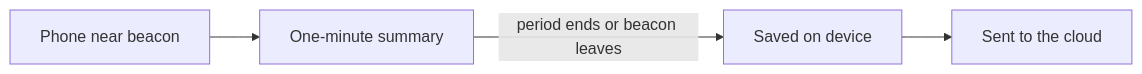
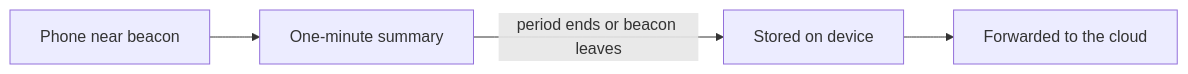
One commit to SelectDesign/select-beacon-sdk changed the diagram in README.md. Above: the diagram before and after it, drawn with Mermaid. The commit also changed other lines of this file and 41 other files, not shown here.

````diff
--- a/README.md
+++ b/README.md
@@ -11,6 +15,6 @@
 ```mermaid
 flowchart LR
   Near[Phone near beacon] --> Minute[One-minute summary]
-  Minute -->|period ends or beacon leaves| Saved[Saved on device]
-  Saved --> Sent[Sent to the cloud]
+  Minute -->|period ends or beacon leaves| Saved[Stored on device]
+  Saved --> Sent[Forwarded to the cloud]
 ```
````
